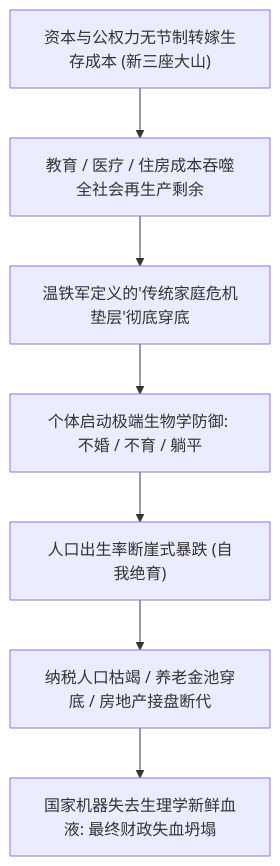
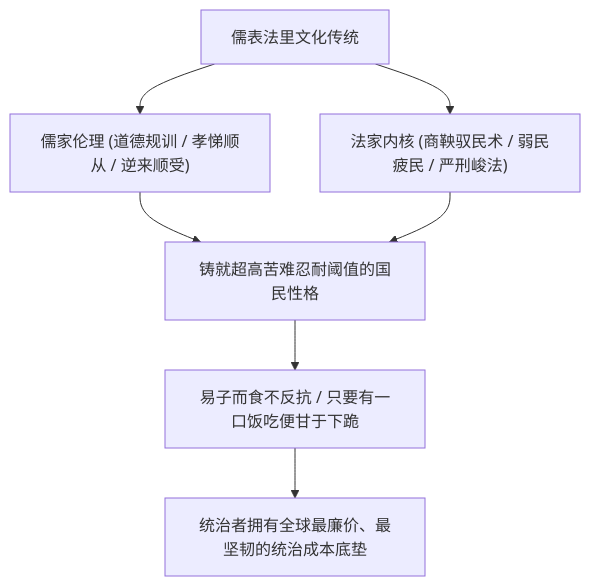
Before and after one commit to Terry-/glog: the first of 2 diagrams in src/content/blog/Cultural Subjugation and Generational Backlash in Modern Society 2026-10-25.md, drawn with Mermaid. The commit also changed other lines of this file and 5 other files, not shown here.

````diff
--- a/src/content/blog/Cultural Subjugation and Generational Backlash in Modern Society 2026-10-25.md
+++ b/src/content/blog/Cultural Subjugation and Generational Backlash in Modern Society 2026-10-25.md
@@ -88,9 +22,8 @@
 ```mermaid
-flowchart TD
-    A["资本与公权力无节制转嫁生存成本 (新三座大山)"] --> B["教育 / 医疗 / 住房成本吞噬全社会再生产剩余"]
-    B --> C["温铁军定义的'传统家庭危机垫层'彻底穿底"]
-    C --> D["个体启动极端生物学防御: 不婚 / 不育 / 躺平"]
-    D --> E["人口出生率断崖式暴跌 (自我绝育)"]
-    E --> F["纳税人口枯竭 / 养老金池穿底 / 房地产接盘断代"]
-    F --> G["国家机器失去生理学新鲜血液: 最终财政失血坍塌"]
+graph TD
+    A["儒表法里文化传统"] --> B["儒家伦理 (道德规训 / 孝悌顺从 / 逆来顺受)"]
+    A --> C["法家内核 (商鞅驭民术 / 弱民疲民 / 严刑峻法)"]
+    B & C --> D["铸就超高苦难忍耐阈值的国民性格"]
+    D --> E["易子而食不反抗 / 只要有一口饭吃便甘于下跪"]
+    E --> F["统治者拥有全球最廉价、最坚韧的统治成本底垫"]
 ```
````
